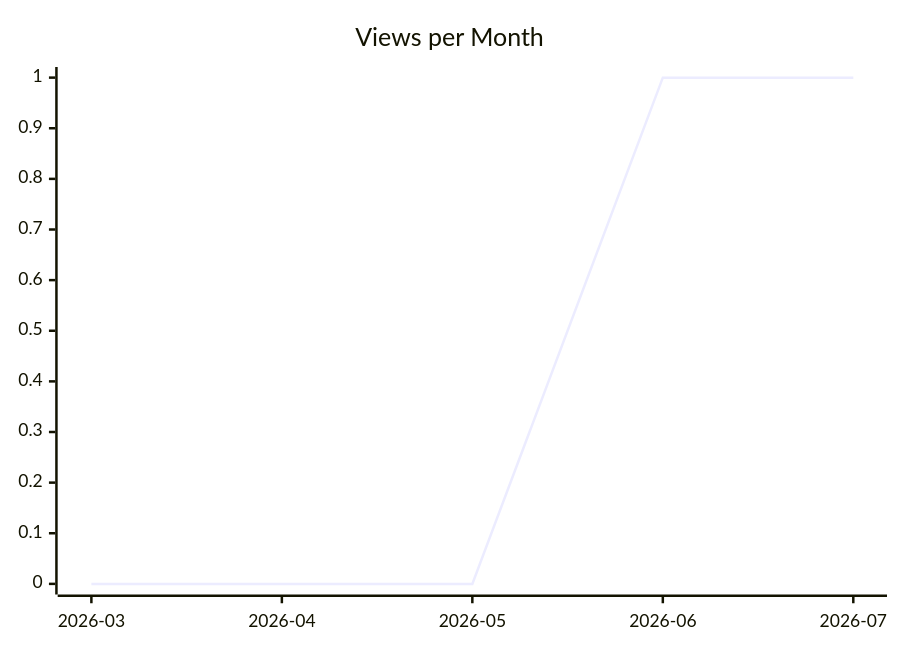
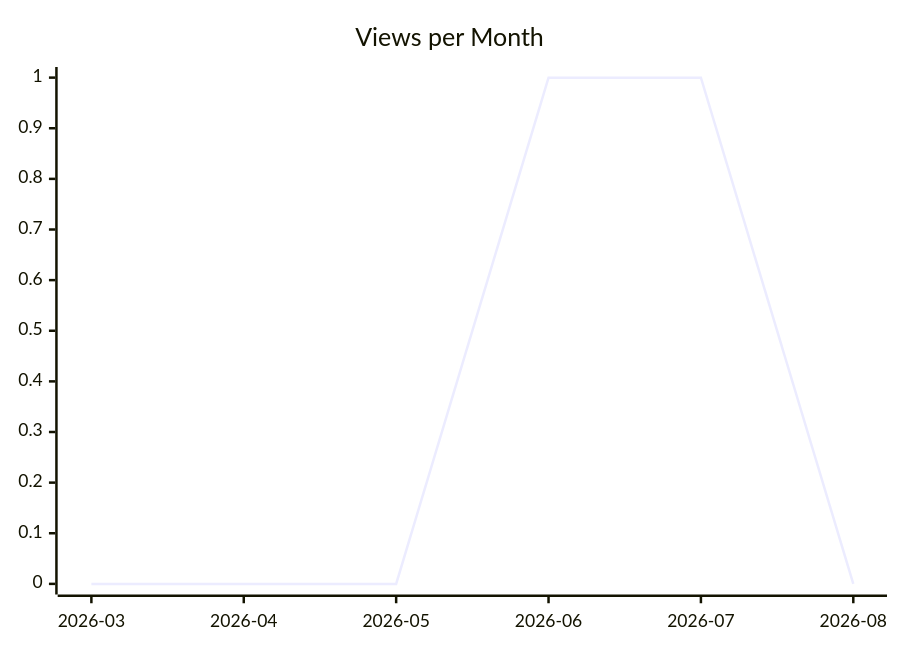
One commit to justdavis-family/github-analytics-data changed the second of 3 diagrams in karlmdavis/m2e-core/README.md. Above: the diagram before and after it, drawn with Mermaid. The commit also changed other lines of this file and 132 other files, not shown here.

````diff
--- a/karlmdavis/m2e-core/README.md
+++ b/karlmdavis/m2e-core/README.md
@@ -12,6 +12,6 @@
 ```mermaid
 xychart-beta
   title "Views per Month"
-  x-axis ["2026-03", "2026-04", "2026-05", "2026-06", "2026-07"]
-  line [0, 0, 0, 1, 1]
+  x-axis ["2026-03", "2026-04", "2026-05", "2026-06", "2026-07", "2026-08"]
+  line [0, 0, 0, 1, 1, 0]
 ```
````
